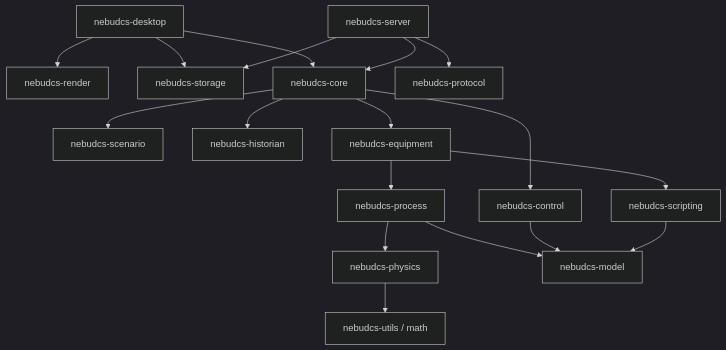
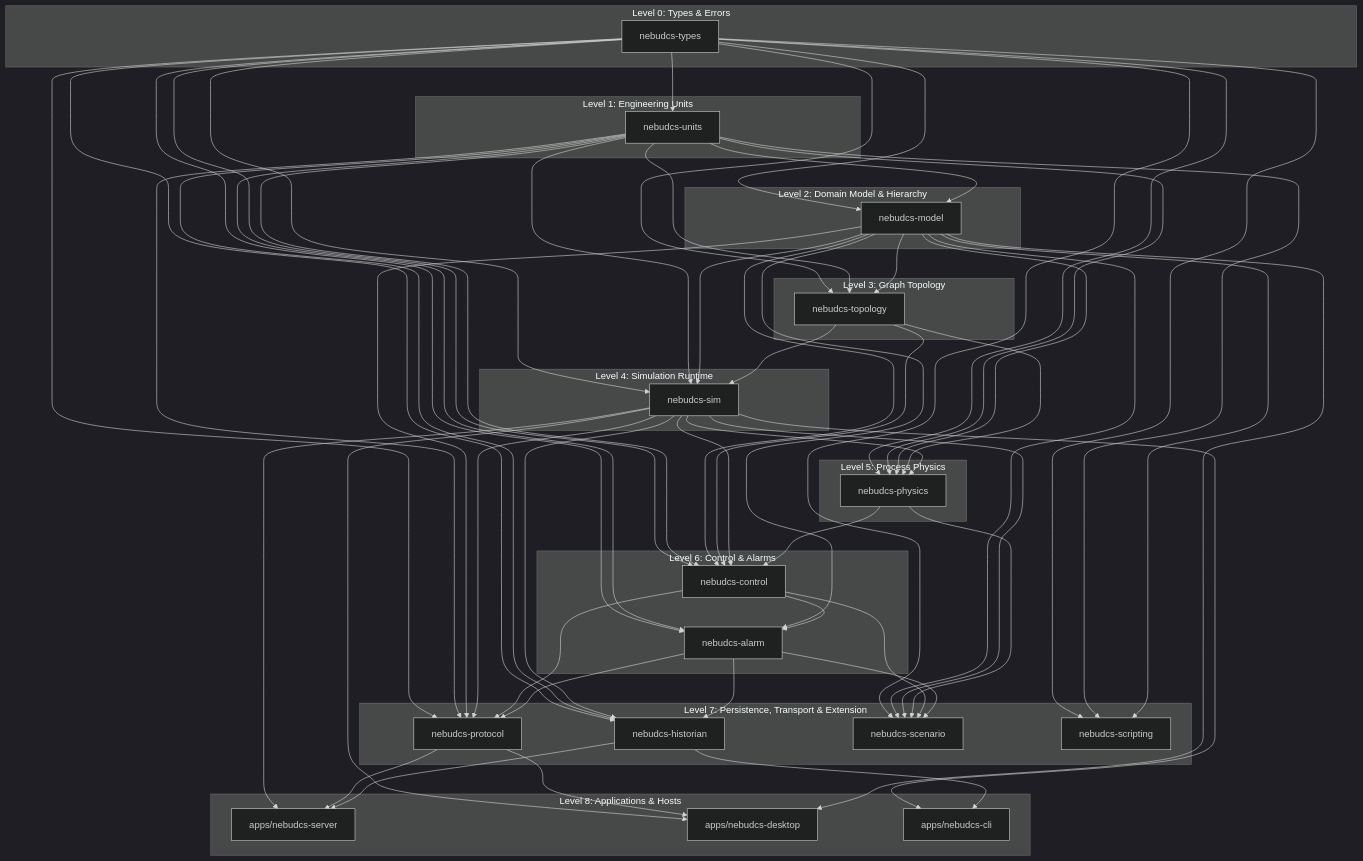
Before and after one commit to kaivyy/nebudcs: the diagram in docs/architecture/adr/ADR-009-crate-architecture.md, drawn with Mermaid (dark theme). The commit also changed other lines of this file and 149 other files, not shown here.

````diff
--- a/docs/architecture/adr/ADR-009-crate-architecture.md
+++ b/docs/architecture/adr/ADR-009-crate-architecture.md
@@ -26,26 +22,109 @@
 ```mermaid
 graph TD
-    A[nebudcs-desktop] --> B[nebudcs-render]
-    A --> C[nebudcs-storage]
-    A --> D[nebudcs-core]
-    
-    E[nebudcs-server] --> F[nebudcs-protocol]
-    E --> C
-    E --> D
-    
-    D --> G[nebudcs-scenario]
-    D --> H[nebudcs-historian]
-    D --> I[nebudcs-equipment]
-    D --> J[nebudcs-control]
-    
-    I --> K[nebudcs-process]
-    I --> L[nebudcs-scripting]
-    
-    K --> M[nebudcs-physics]
-    K --> N[nebudcs-model]
-    
-    J --> N
-    L --> N
-    
-    M --> O[nebudcs-utils / math]
+    subgraph "Level 0: Types & Errors"
+        Types[nebudcs-types]
+    end
+
+    subgraph "Level 1: Engineering Units"
+        Units[nebudcs-units]
+    end
+
+    subgraph "Level 2: Domain Model & Hierarchy"
+        Model[nebudcs-model]
+    end
+
+    subgraph "Level 3: Graph Topology"
+        Topology[nebudcs-topology]
+    end
+
+    subgraph "Level 4: Simulation Runtime"
+        Sim[nebudcs-sim]
+    end
+
+    subgraph "Level 5: Process Physics"
+        Physics[nebudcs-physics]
+    end
+
+    subgraph "Level 6: Control & Alarms"
+        Control[nebudcs-control]
+        Alarm[nebudcs-alarm]
+    end
+
+    subgraph "Level 7: Persistence, Transport & Extension"
+        Historian[nebudcs-historian]
+        Protocol[nebudcs-protocol]
+        Scenario[nebudcs-scenario]
+        Scripting[nebudcs-scripting]
+    end
+
+    subgraph "Level 8: Applications & Hosts"
+        Server[apps/nebudcs-server]
+        Desktop[apps/nebudcs-desktop]
+        CLI[apps/nebudcs-cli]
+    end
+
+    Types --> Units
+    Types --> Model
+    Units --> Model
+
+    Types --> Topology
+    Units --> Topology
+    Model --> Topology
+
+    Types --> Sim
+    Units --> Sim
+    Model --> Sim
+    Topology --> Sim
+
+    Types --> Physics
+    Units --> Physics
+    Model --> Physics
+    Topology --> Physics
+    Sim --> Physics
+
+    Types --> Control
+    Units --> Control
+    Model --> Control
+    Topology --> Control
+    Sim --> Control
+    Physics --> Control
+
+    Types --> Alarm
+    Units --> Alarm
+    Model --> Alarm
+    Control --> Alarm
+
+    Types --> Historian
+    Units --> Historian
+    Sim --> Historian
+    Alarm --> Historian
+
+    Types --> Protocol
+    Units --> Protocol
+    Model --> Protocol
+    Sim --> Protocol
+    Control --> Protocol
+    Alarm --> Protocol
+
+    Types --> Scenario
+    Model --> Scenario
+    Sim --> Scenario
+    Physics --> Scenario
+    Control --> Scenario
+    Alarm --> Scenario
+
+    Types --> Scripting
+    Units --> Scripting
+    Model --> Scripting
+
+    Sim --> Server
+    Protocol --> Server
+    Historian --> Server
+
+    Sim --> Desktop
+    Protocol --> Desktop
+    Model --> Desktop
+
+    Sim --> CLI
+    Historian --> CLI
 ```
````
